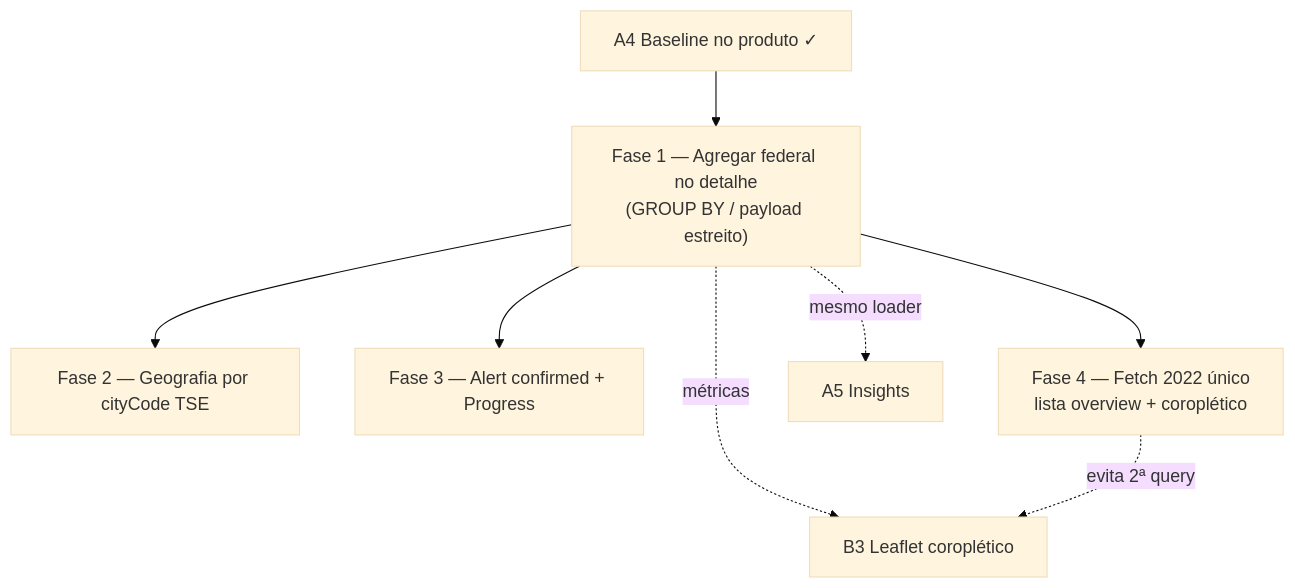
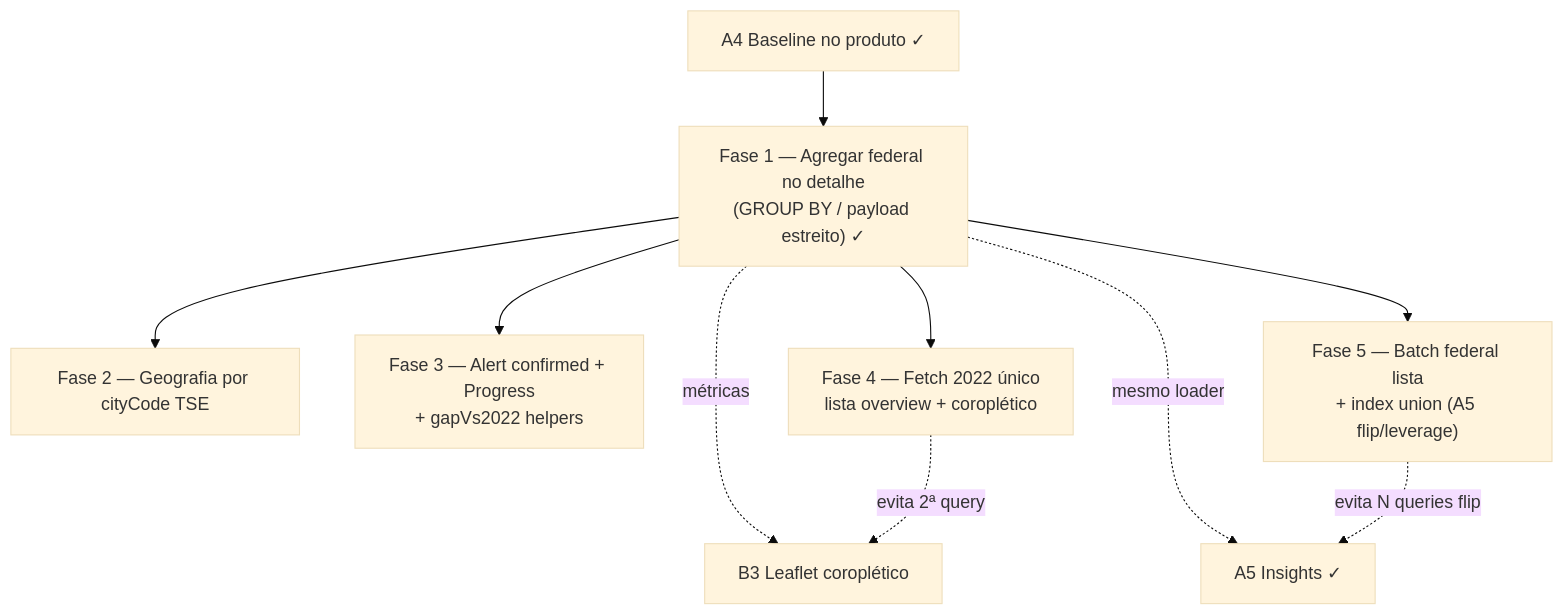
One commit to fsolla/teqo changed the diagram in docs/plans/escala-dry-pos-a4.md. Above: the diagram before and after it, drawn with Mermaid (base theme). The commit also changed other lines of this file and 16 other files, not shown here.

First line of the commit message:
Deliver A5 ticket leverage and flip insights with simplify cleanup.

````diff
--- a/docs/plans/escala-dry-pos-a4.md
+++ b/docs/plans/escala-dry-pos-a4.md
@@ -48,11 +53,13 @@
 ```mermaid
 flowchart TD
     A4["A4 Baseline no produto ✓"] --> F1
-    F1["Fase 1 — Agregar federal no detalhe<br/>(GROUP BY / payload estreito)"]
+    F1["Fase 1 — Agregar federal no detalhe<br/>(GROUP BY / payload estreito) ✓"]
     F1 --> F2["Fase 2 — Geografia por cityCode TSE"]
-    F1 --> F3["Fase 3 — Alert confirmed + Progress"]
+    F1 --> F3["Fase 3 — Alert confirmed + Progress<br/>+ gapVs2022 helpers"]
     F1 --> F4["Fase 4 — Fetch 2022 único<br/>lista overview + coroplético"]
-    F1 -.mesmo loader.-> A5["A5 Insights"]
+    F1 --> F5["Fase 5 — Batch federal lista<br/>+ index union (A5 flip/leverage)"]
+    F1 -.mesmo loader.-> A5["A5 Insights ✓"]
     F1 -.métricas.-> B3["B3 Leaflet coroplético"]
     F4 -.evita 2ª query.-> B3
+    F5 -.evita N queries flip.-> A5
 ```
````
